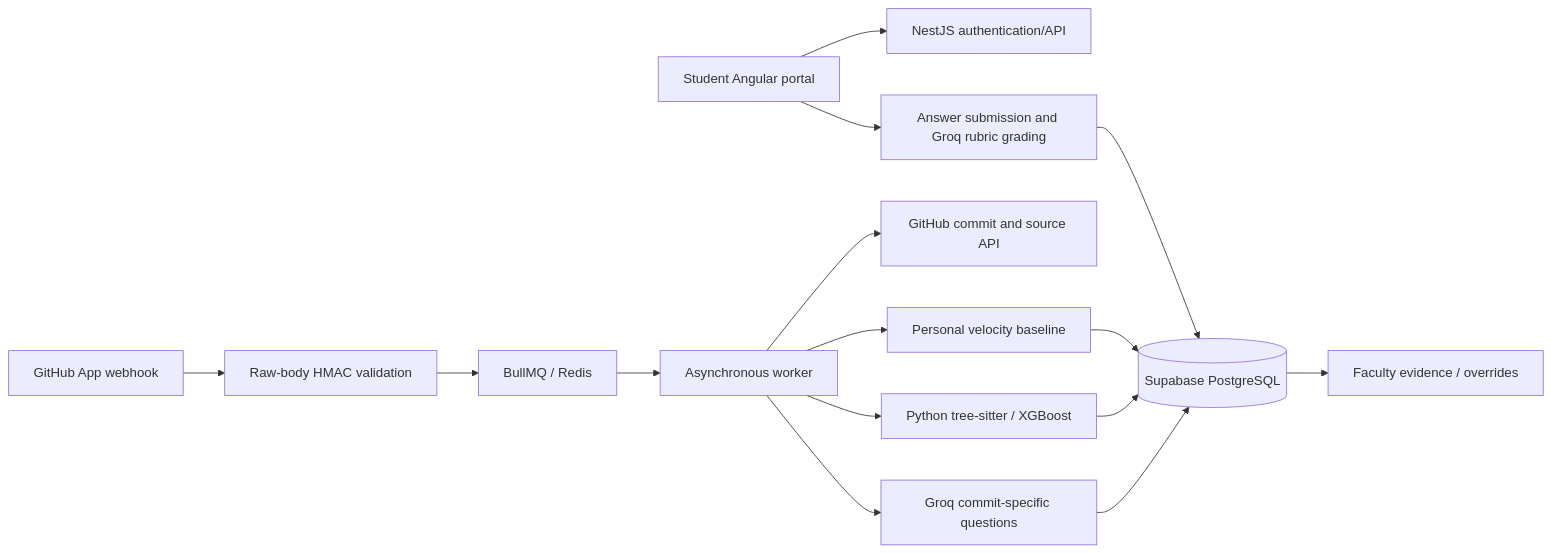
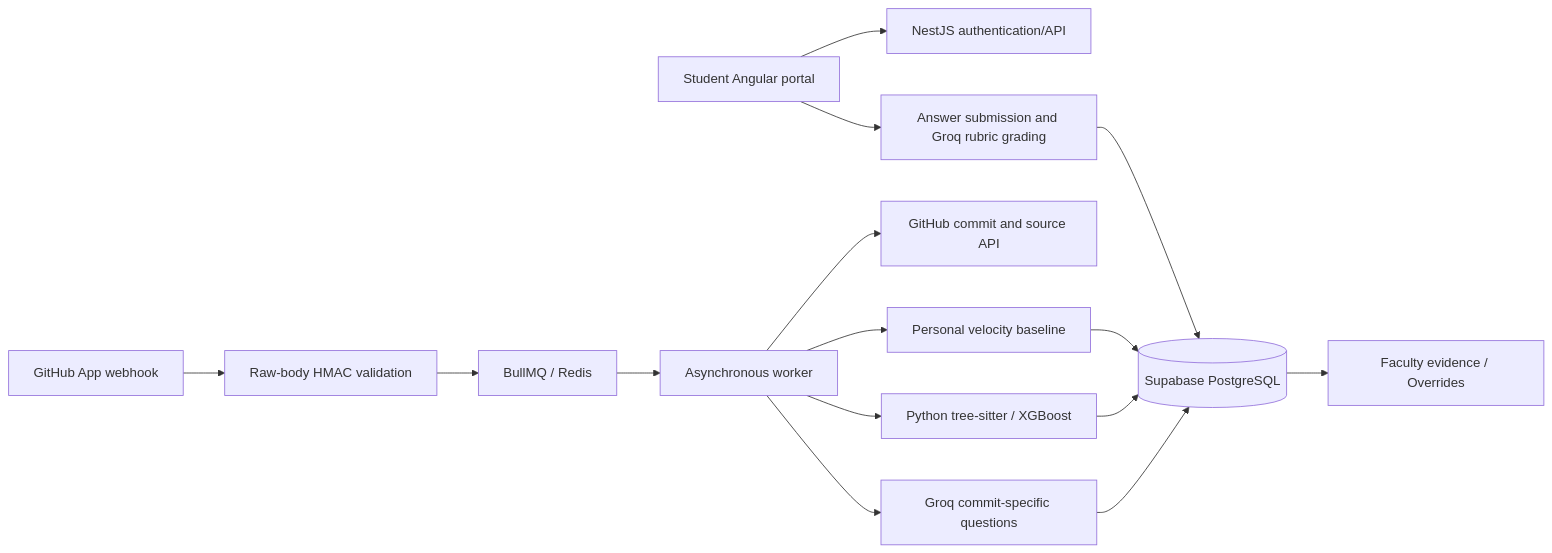
Before and after one commit to maheshwaran6953/CodeSentinel: the diagram in README.md, drawn with Mermaid.

````diff
--- a/README.md
+++ b/README.md
@@ -11,17 +11,17 @@
 ```mermaid
 flowchart LR
   S[Student Angular portal] --> A[NestJS authentication/API]
   G[GitHub App webhook] --> H[Raw-body HMAC validation]
   H --> Q[BullMQ / Redis]
   Q --> W[Asynchronous worker]
   W --> GH[GitHub commit and source API]
   W --> V[Personal velocity baseline]
   W --> P[Python tree-sitter / XGBoost]
   V --> DB[(Supabase PostgreSQL)]
   P --> DB
   W --> L[Groq commit-specific questions]
   L --> DB
   S --> R[Answer submission and Groq rubric grading]
   R --> DB
-  DB --> F[Faculty evidence / overrides]
+  DB --> F[Faculty evidence / Overrides]
 ```
````
